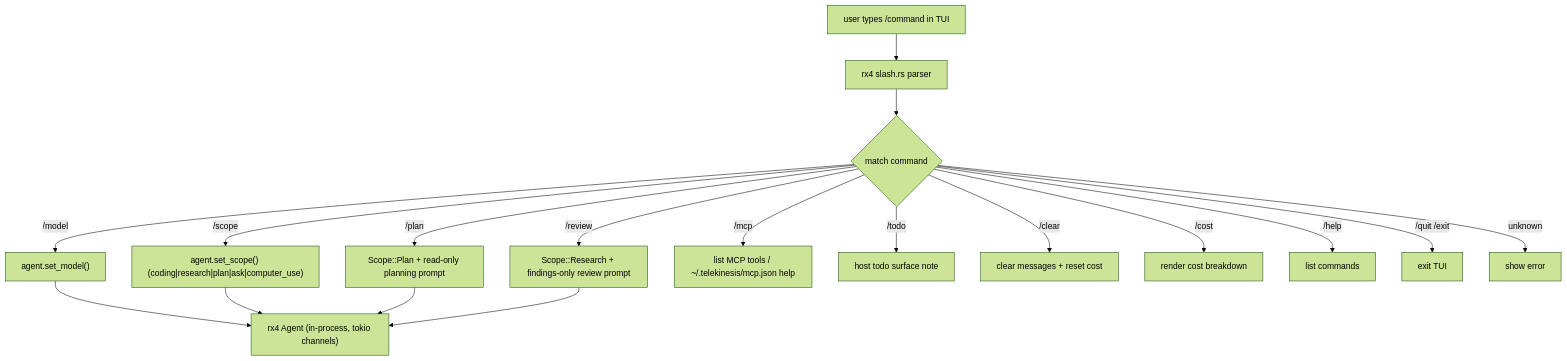
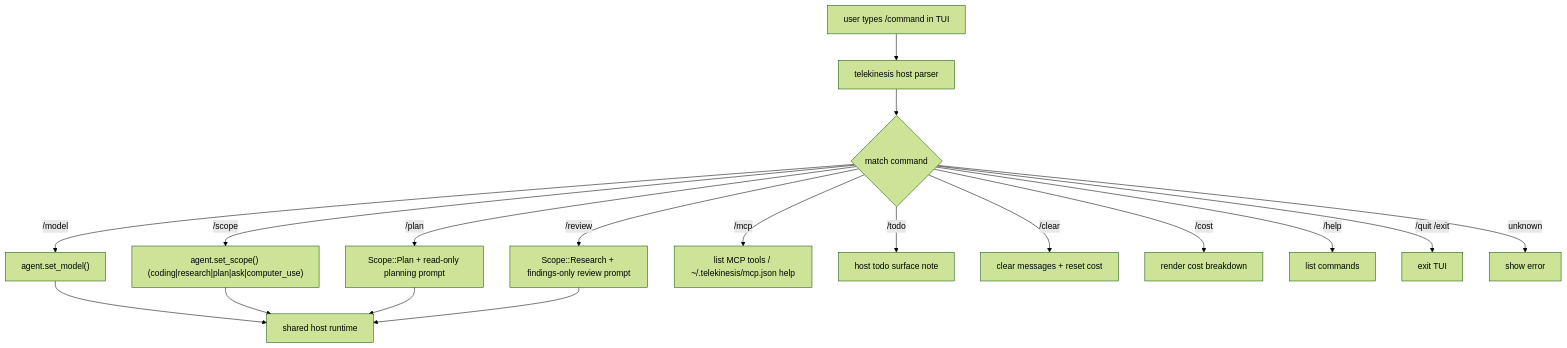
One commit to semitechnological/telekinesis changed the third of 3 diagrams in docs/ARCHITECTURE.md. Above: the diagram before and after it, drawn with Mermaid (forest theme). The commit also changed other lines of this file and 6 other files, not shown here.

````diff
--- a/docs/ARCHITECTURE.md
+++ b/docs/ARCHITECTURE.md
@@ -65,20 +75,20 @@
 ```mermaid
 flowchart TD
-  Type["user types /command in TUI"] --> Parse["rx4 slash.rs parser"]
+  Type["user types /command in TUI"] --> Parse["telekinesis host parser"]
   Parse --> Match{"match command"}
   Match -->|/model| M["agent.set_model()"]
   Match -->|/scope| S["agent.set_scope() (coding|research|plan|ask|computer_use)"]
   Match -->|/plan| P["Scope::Plan + read-only planning prompt"]
   Match -->|/review| R["Scope::Research + findings-only review prompt"]
   Match -->|/mcp| Mcp["list MCP tools / ~/.telekinesis/mcp.json help"]
   Match -->|/todo| Todo["host todo surface note"]
   Match -->|/clear| C["clear messages + reset cost"]
   Match -->|/cost| Co["render cost breakdown"]
   Match -->|/help| H["list commands"]
   Match -->|/quit /exit| Q["exit TUI"]
   Match -->|unknown| E["show error"]
-  M --> Agent["rx4 Agent (in-process, tokio channels)"]
+  M --> Agent["shared host runtime"]
   S --> Agent
   P --> Agent
   R --> Agent
 ```
````
